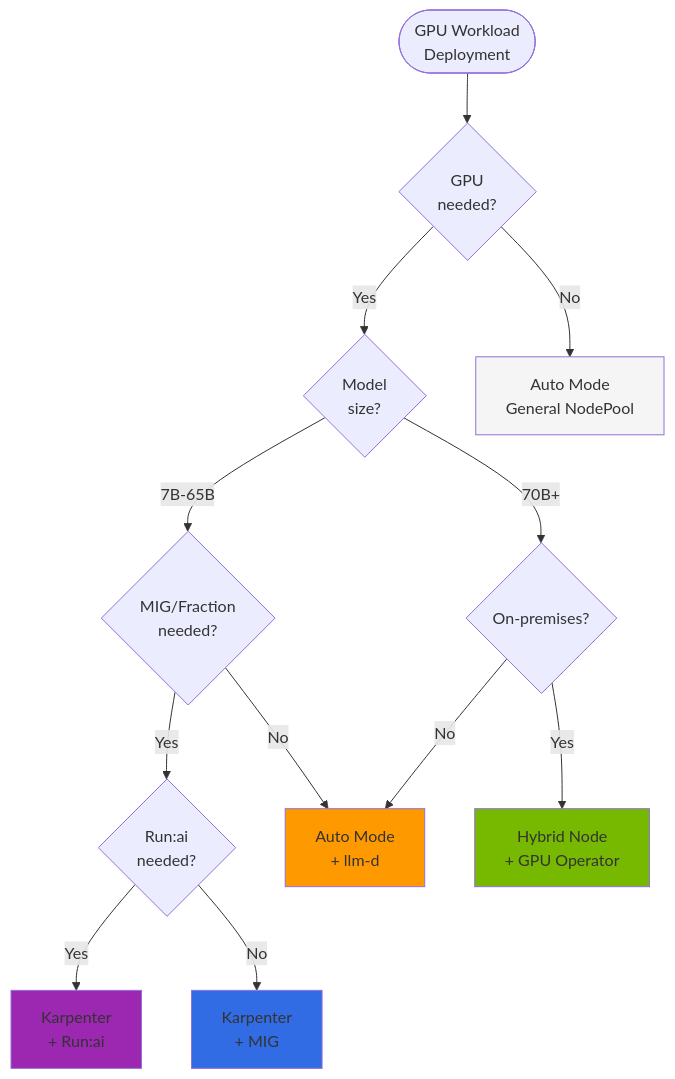
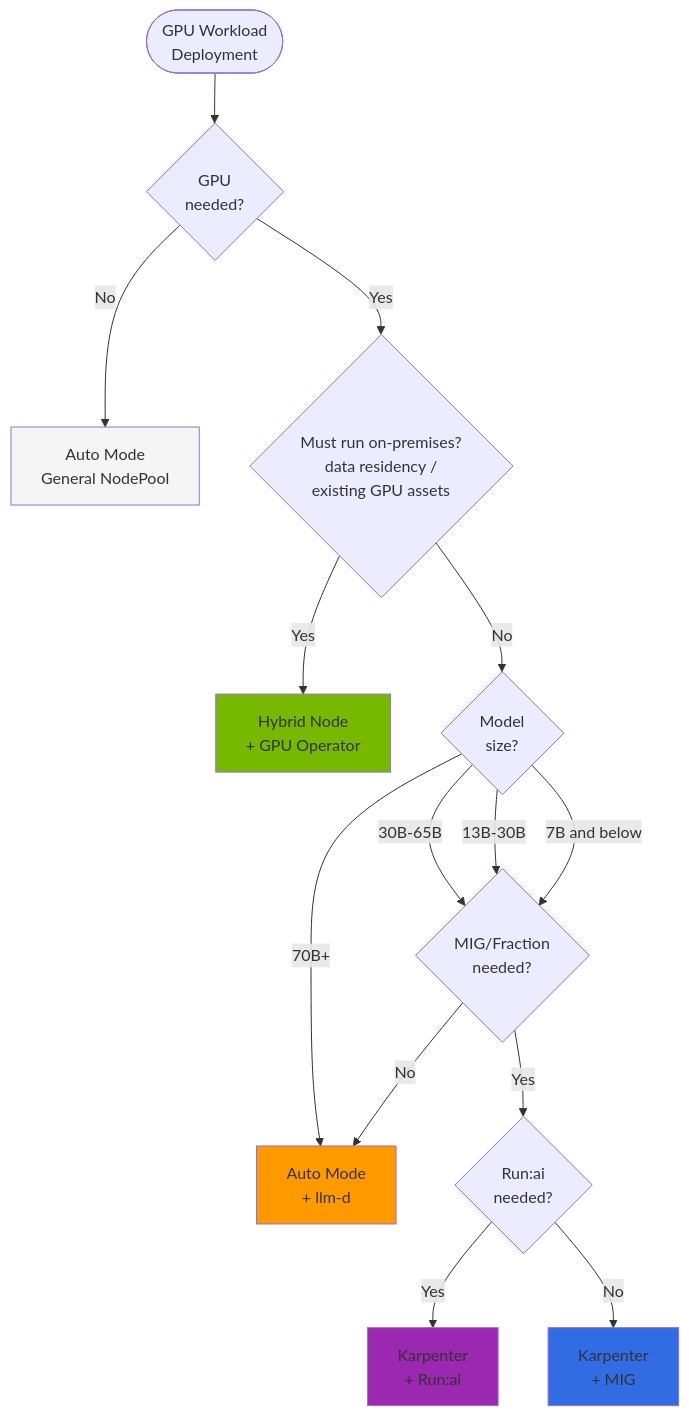
Before and after one commit to devfloor9/engineering-playbook: the fifth of 5 diagrams in docs/agentic-ai-platform/model-serving/gpu-infrastructure/eks-gpu-node-strategy.md, drawn with Mermaid. The commit also changed other lines of this file and 20 other files, not shown here.

````diff
--- a/docs/agentic-ai-platform/model-serving/gpu-infrastructure/eks-gpu-node-strategy.md
+++ b/docs/agentic-ai-platform/model-serving/gpu-infrastructure/eks-gpu-node-strategy.md
@@ -499,37 +563,39 @@
 ```mermaid
 flowchart TD
     Start([GPU Workload<br/>Deployment])
     Q1{GPU<br/>needed?}
+    Q0{Must run on-premises?<br/>data residency /<br/>existing GPU assets}
     Q2{Model<br/>size?}
-    Q3{On-premises?}
     Q4{MIG/Fraction<br/>needed?}
     Q5{Run:ai<br/>needed?}
 
     AutoCPU[Auto Mode<br/>General NodePool]
     AutoGPU[Auto Mode<br/>+ llm-d]
     Hybrid[Hybrid Node<br/>+ GPU Operator]
     KarpRunai[Karpenter<br/>+ Run:ai]
     KarpMIG[Karpenter<br/>+ MIG]
 
     Start --> Q1
     Q1 -->|No| AutoCPU
-    Q1 -->|Yes| Q2
+    Q1 -->|Yes| Q0
 
-    Q2 -->|70B+| Q3
-    Q2 -->|7B-65B| Q4
+    Q0 -->|Yes| Hybrid
+    Q0 -->|No| Q2
 
-    Q3 -->|No| AutoGPU
-    Q3 -->|Yes| Hybrid
+    Q2 -->|70B+| AutoGPU
+    Q2 -->|30B-65B| Q4
+    Q2 -->|13B-30B| Q4
+    Q2 -->|7B and below| Q4
 
     Q4 -->|No| AutoGPU
     Q4 -->|Yes| Q5
 
     Q5 -->|Yes| KarpRunai
     Q5 -->|No| KarpMIG
 
     style AutoCPU fill:#f5f5f5
     style AutoGPU fill:#ff9900
     style Hybrid fill:#76b900
     style KarpRunai fill:#9c27b0
     style KarpMIG fill:#326ce5
 ```
````
